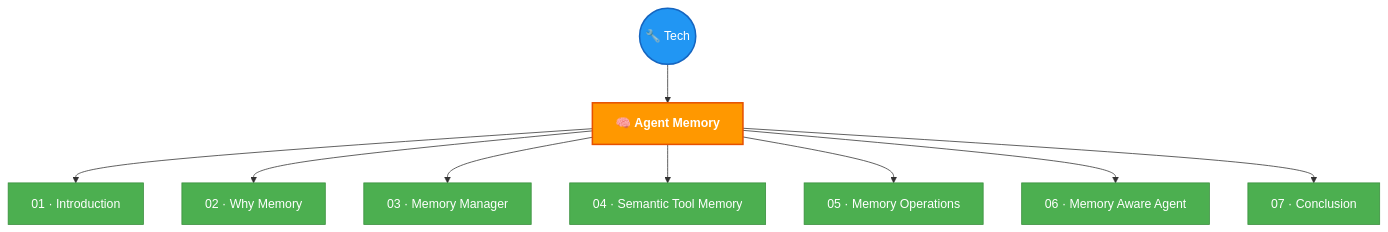
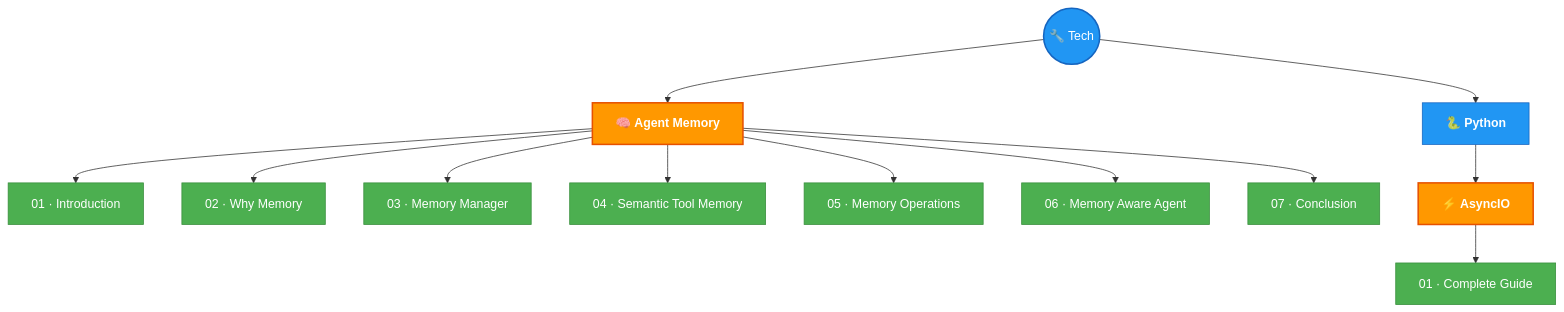
One commit to AyushSonuu/my-memory changed the diagram in _maps/tech.md. Above: the diagram before and after it, drawn with Mermaid. The commit also changed other lines of this file and 7 other files, not shown here.

Commit message:
🗺️ full Tier 2 sync: all maps, READMEs, timeline, connections — 2 topics, GitHub Pages ready

````diff
--- a/_maps/tech.md
+++ b/_maps/tech.md
@@ -5,23 +5,30 @@
 ```mermaid
 graph TB
     T(("🔧 Tech"))
     T --> AM["🧠 <b>Agent Memory</b>"]
+    T --> PY["🐍 <b>Python</b>"]
     
-    AM --> L1["01 · Introduction"]
-    AM --> L2["02 · Why Memory"]
-    AM --> L3["03 · Memory Manager"]
-    AM --> L4["04 · Semantic Tool Memory"]
-    AM --> L5["05 · Memory Operations"]
-    AM --> L6["06 · Memory Aware Agent"]
-    AM --> L7["07 · Conclusion"]
+    AM --> AML1["01 · Introduction"]
+    AM --> AML2["02 · Why Memory"]
+    AM --> AML3["03 · Memory Manager"]
+    AM --> AML4["04 · Semantic Tool Memory"]
+    AM --> AML5["05 · Memory Operations"]
+    AM --> AML6["06 · Memory Aware Agent"]
+    AM --> AML7["07 · Conclusion"]
+
+    PY --> AIO["⚡ <b>AsyncIO</b>"]
+    AIO --> AIOL1["01 · Complete Guide"]
 
     style T fill:#2196f3,color:#fff,stroke:#1565c0,stroke-width:2px
     style AM fill:#ff9800,color:#fff,stroke:#e65100,stroke-width:2px
-    style L1 fill:#4caf50,color:#fff,stroke:#388e3c
-    style L2 fill:#4caf50,color:#fff,stroke:#388e3c
-    style L3 fill:#4caf50,color:#fff,stroke:#388e3c
-    style L4 fill:#4caf50,color:#fff,stroke:#388e3c
-    style L5 fill:#4caf50,color:#fff,stroke:#388e3c
-    style L6 fill:#4caf50,color:#fff,stroke:#388e3c
-    style L7 fill:#4caf50,color:#fff,stroke:#388e3c
+    style PY fill:#2196f3,color:#fff,stroke:#1565c0
+    style AIO fill:#ff9800,color:#fff,stroke:#e65100,stroke-width:2px
+    style AML1 fill:#4caf50,color:#fff,stroke:#388e3c
+    style AML2 fill:#4caf50,color:#fff,stroke:#388e3c
+    style AML3 fill:#4caf50,color:#fff,stroke:#388e3c
+    style AML4 fill:#4caf50,color:#fff,stroke:#388e3c
+    style AML5 fill:#4caf50,color:#fff,stroke:#388e3c
+    style AML6 fill:#4caf50,color:#fff,stroke:#388e3c
+    style AML7 fill:#4caf50,color:#fff,stroke:#388e3c
+    style AIOL1 fill:#4caf50,color:#fff,stroke:#388e3c
 ```
````
